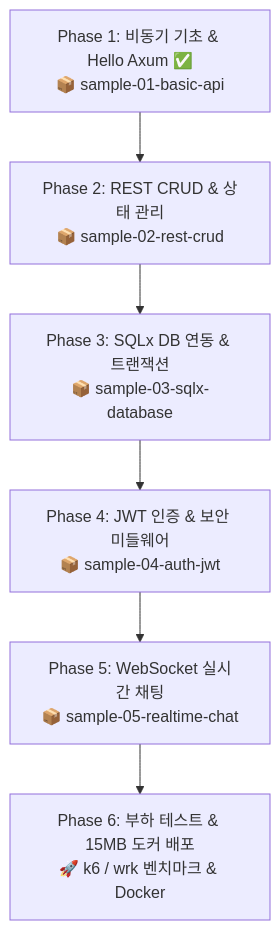
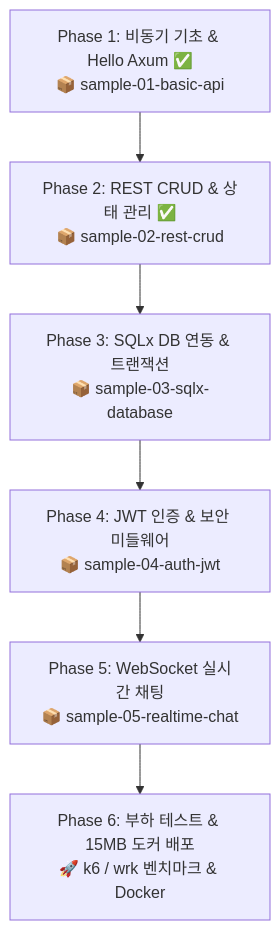
One commit to space-cap/rust-sandbox changed the diagram in docs/backend/backend_learning_plan.md. Above: the diagram before and after it, drawn with Mermaid. The commit also changed 9 other files, not shown here.

Commit message:
구현: Phase 2 - 견고한 REST CRUD 아키텍처 및 sample-02-rest-crud 프로젝트 완성

````diff
--- a/docs/backend/backend_learning_plan.md
+++ b/docs/backend/backend_learning_plan.md
@@ -21,8 +21,8 @@
 ```mermaid
 flowchart TD
-    P1["Phase 1: 비동기 기초 & Hello Axum ✅<br/>📦 sample-01-basic-api"] --> P2["Phase 2: REST CRUD & 상태 관리<br/>📦 sample-02-rest-crud"]
+    P1["Phase 1: 비동기 기초 & Hello Axum ✅<br/>📦 sample-01-basic-api"] --> P2["Phase 2: REST CRUD & 상태 관리 ✅<br/>📦 sample-02-rest-crud"]
     P2 --> P3["Phase 3: SQLx DB 연동 & 트랜잭션<br/>📦 sample-03-sqlx-database"]
     P3 --> P4["Phase 4: JWT 인증 & 보안 미들웨어<br/>📦 sample-04-auth-jwt"]
     P4 --> P5["Phase 5: WebSocket 실시간 채팅<br/>📦 sample-05-realtime-chat"]
     P5 --> P6["Phase 6: 부하 테스트 & 15MB 도커 배포<br/>🚀 k6 / wrk 벤치마크 & Docker"]
 ```
````
